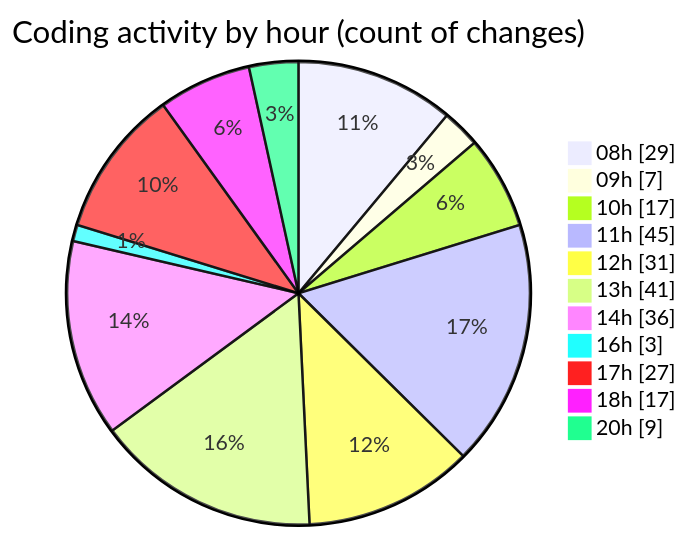
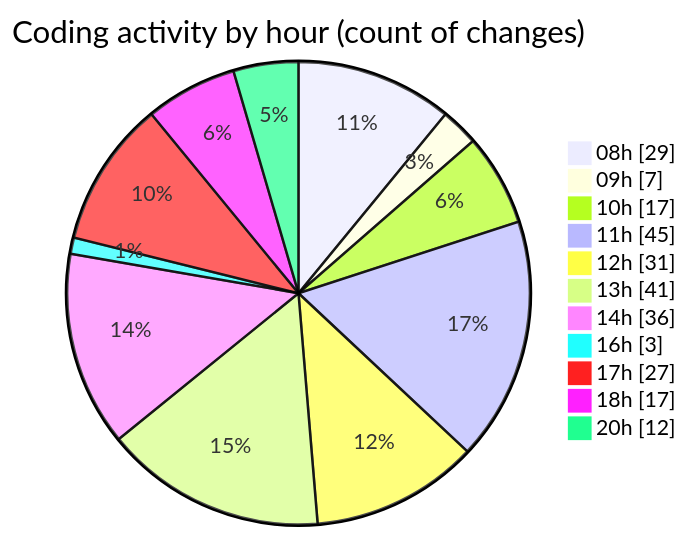
The second of 2 diagrams in 2025-04-09/cda/README.md (momahboobian/code-tracking), drawn with Mermaid before and after one commit. The commit also changed other lines of this file and 1 other file, not shown here.

````diff
--- a/2025-04-09/cda/README.md
+++ b/2025-04-09/cda/README.md
@@ -63,15 +63,15 @@
 ```mermaid
 pie showData
 title Coding activity by hour (count of changes)
 "08h" : 29
 "09h" : 7
 "10h" : 17
 "11h" : 45
 "12h" : 31
 "13h" : 41
 "14h" : 36
 "16h" : 3
 "17h" : 27
 "18h" : 17
-"20h" : 9
+"20h" : 12
 ```
````
